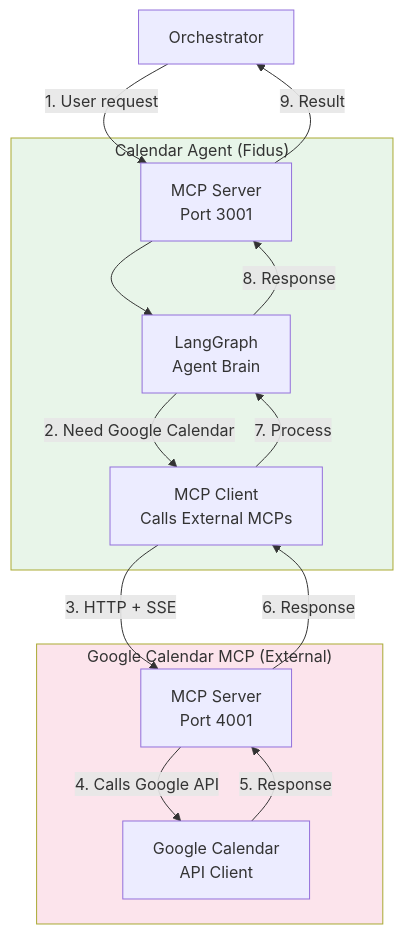
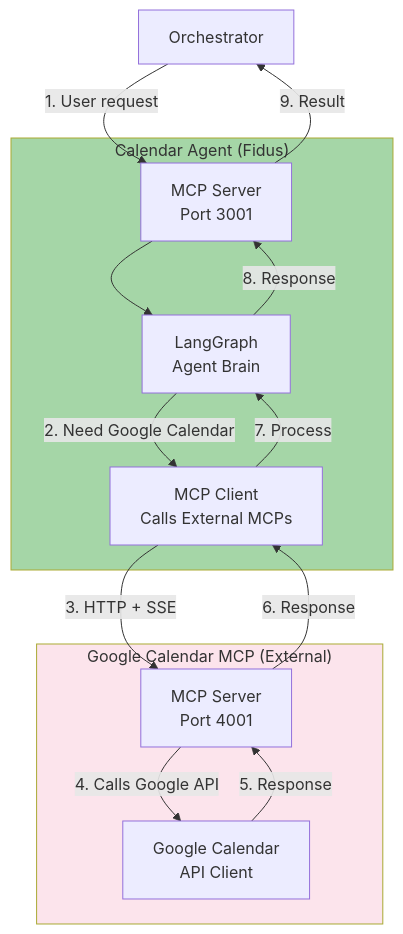
The sixth of 7 diagrams in docs/solution-architecture/04-integration-architecture.md (y-core-engineering/fidus), drawn with Mermaid before and after one commit. The commit also changed other lines of this file and 26 other files, not shown here.

First line of the commit message:
feat: add comprehensive UX/UI design docs and Mermaid validation (#6)

````diff
--- a/docs/solution-architecture/04-integration-architecture.md
+++ b/docs/solution-architecture/04-integration-architecture.md
@@ -844,29 +844,29 @@
 ```mermaid
 graph TB
     Orch[Orchestrator]
 
     subgraph CalendarAgent["Calendar Agent (Fidus)"]
         CalMCP[MCP Server<br/>Port 3001]
         CalLG[LangGraph<br/>Agent Brain]
         CalMCPClient[MCP Client<br/>Calls External MCPs]
     end
 
     subgraph GoogleMCP["Google Calendar MCP (External)"]
         GoogleServer[MCP Server<br/>Port 4001]
         GoogleAPI[Google Calendar<br/>API Client]
     end
 
     Orch -->|1. User request| CalMCP
     CalMCP --> CalLG
     CalLG -->|2. Need Google Calendar| CalMCPClient
     CalMCPClient -->|3. HTTP + SSE| GoogleServer
     GoogleServer -->|4. Calls Google API| GoogleAPI
     GoogleAPI -->|5. Response| GoogleServer
     GoogleServer -->|6. Response| CalMCPClient
     CalMCPClient -->|7. Process| CalLG
     CalLG -->|8. Response| CalMCP
     CalMCP -->|9. Result| Orch
 
-    style CalendarAgent fill:#e8f5e9
+    style CalendarAgent fill:#a5d6a7
     style GoogleMCP fill:#fce4ec
 ```
````
